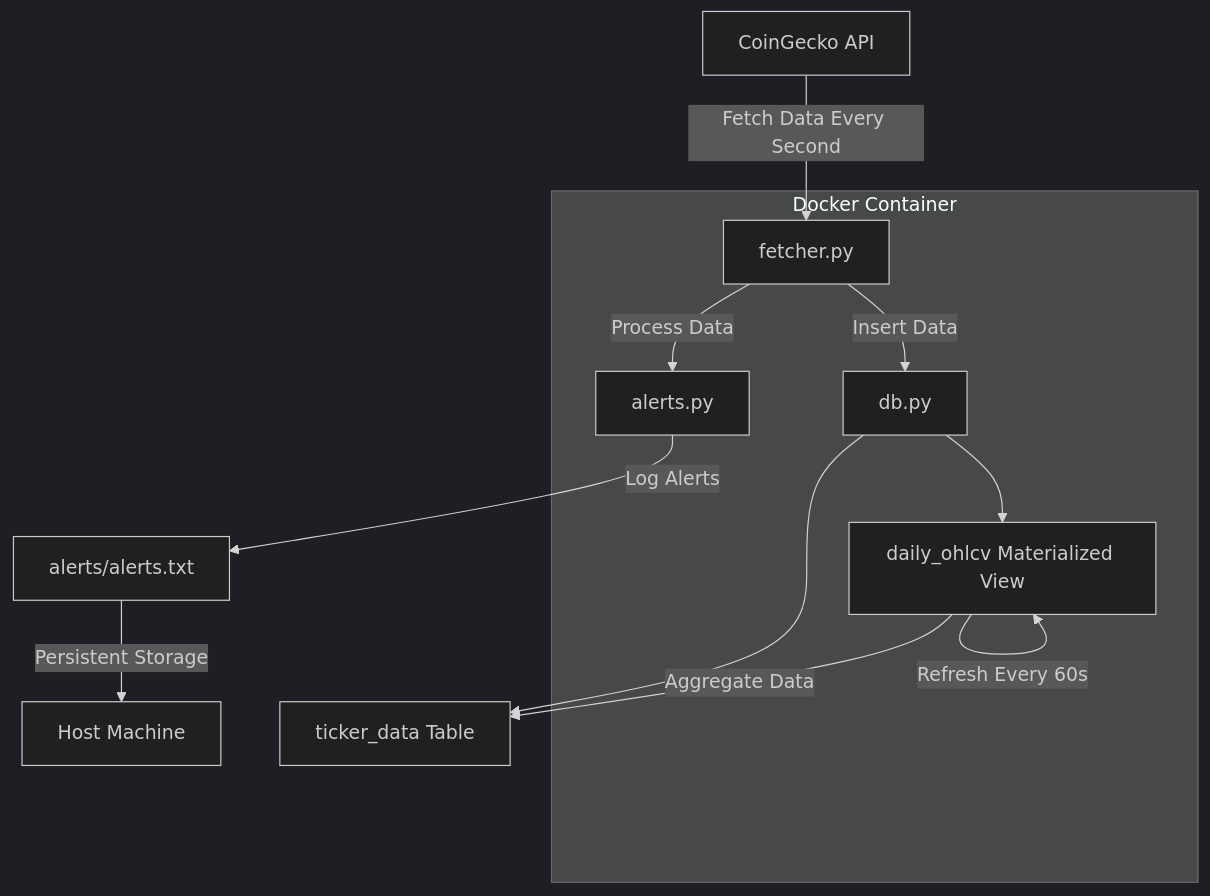
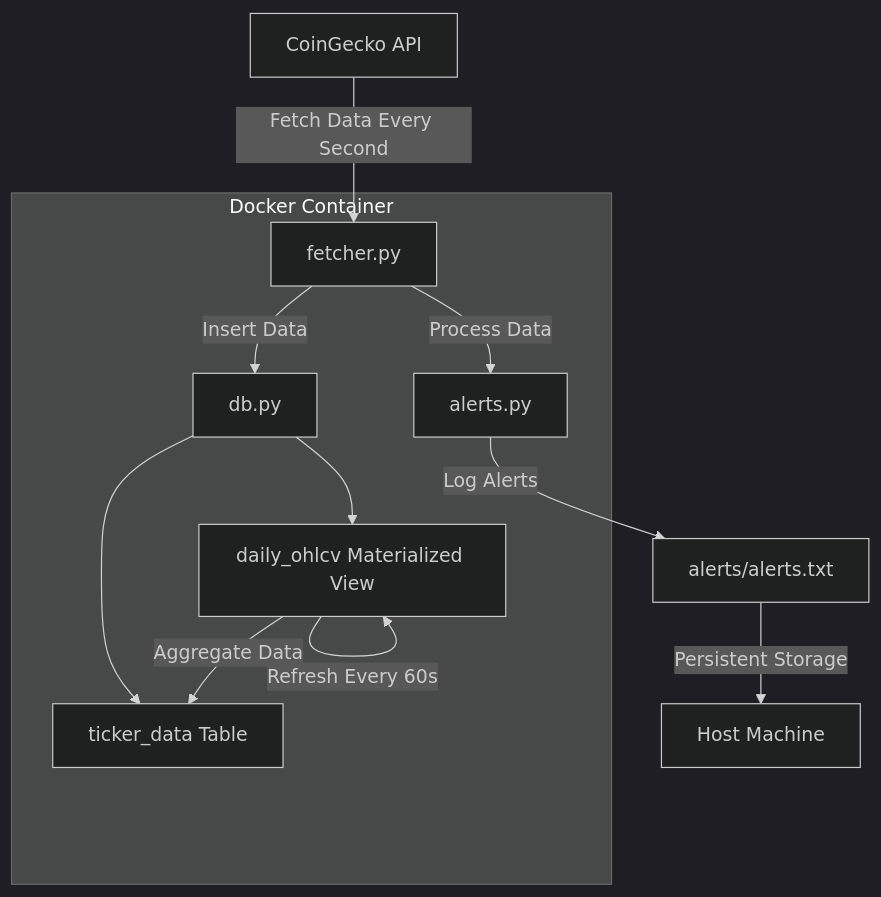
One commit to Alex-2605/data-challenge changed the diagram in README.md. Above: the diagram before and after it, drawn with Mermaid (dark theme). The commit also changed other lines of this file and 1 other file, not shown here.

````diff
--- a/README.md
+++ b/README.md
@@ -38,18 +38,19 @@
 ```mermaid
 graph TD
     A[CoinGecko API] -->|Fetch Data Every Second| B[fetcher.py]
     B -->|Process Data| C[alerts.py]
     B -->|Insert Data| D[db.py]
     D --> E[ticker_data Table]
     D --> F[daily_ohlcv Materialized View]
     F -->|Aggregate Data| E
     C -->|Log Alerts| G[alerts/alerts.txt]
     F -->|Refresh Every 60s| F
     subgraph Docker Container
         B
         C
         D
-        F
+        E[ticker_data Table]
+        F[daily_ohlcv Materialized View]
     end
     G -->|Persistent Storage| H[Host Machine]
 ```
````
